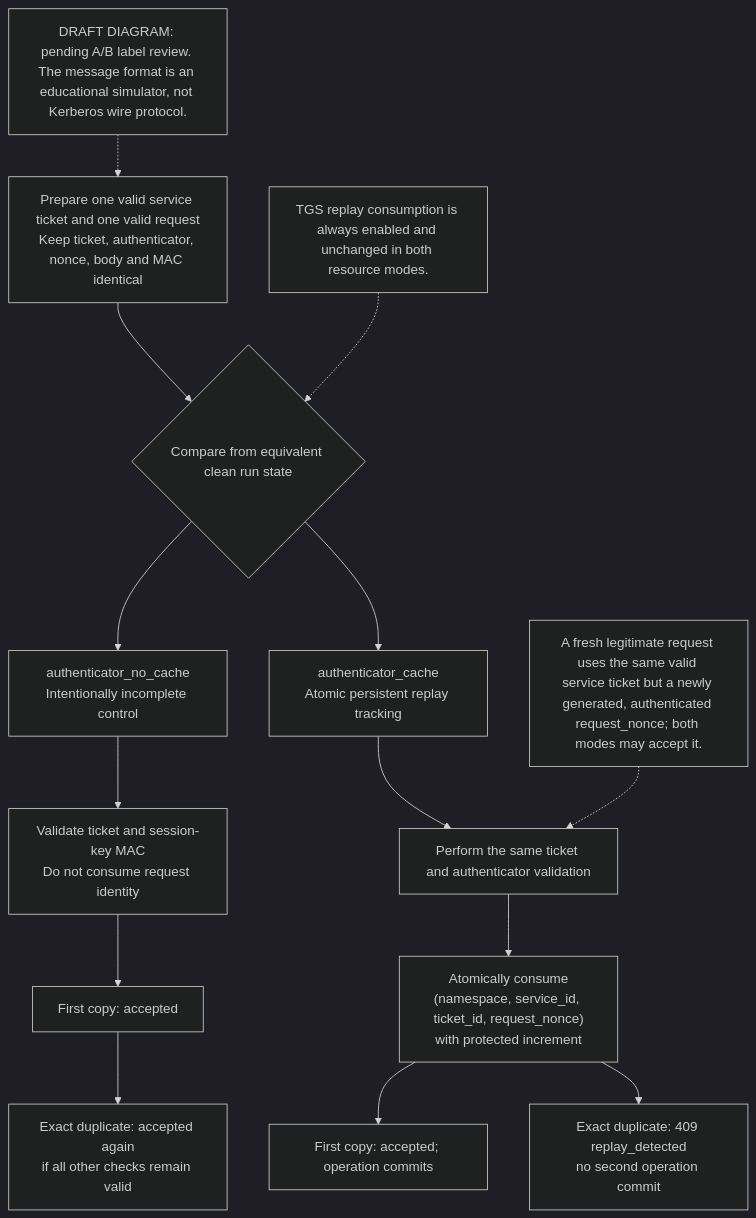
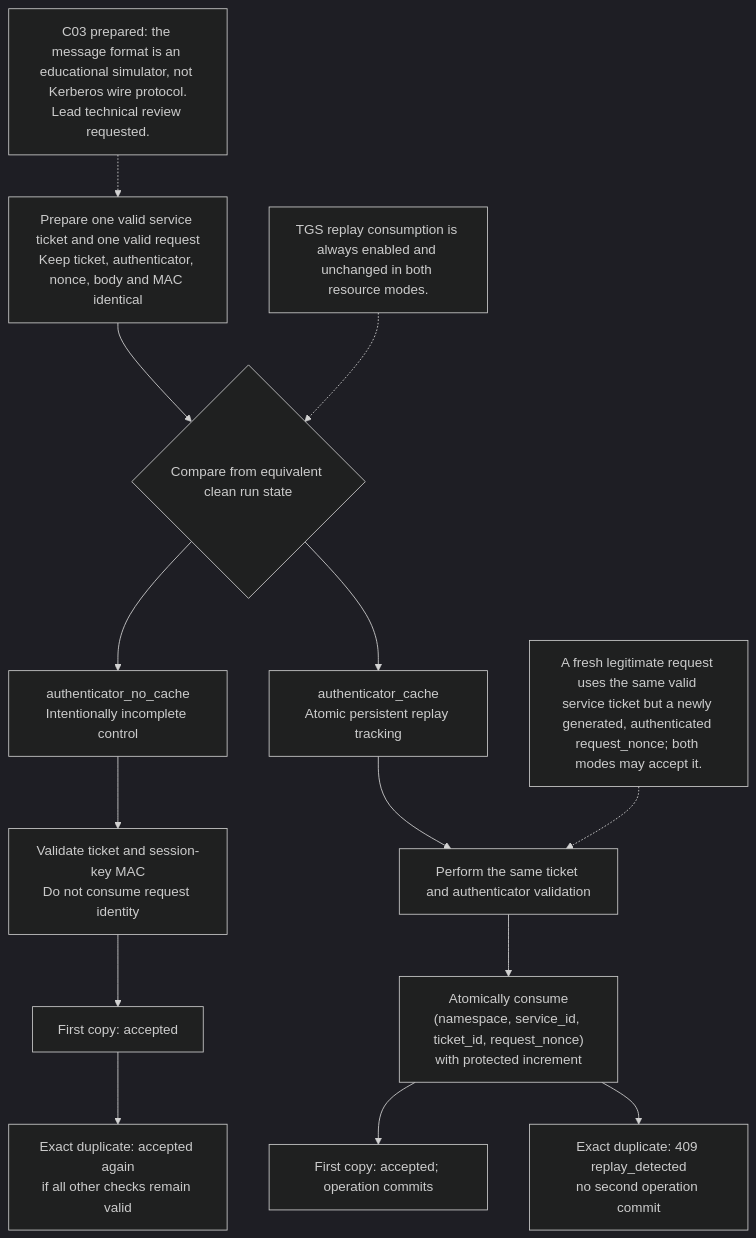
One commit to Thanmay-codes/INS-mini-project changed the diagram in docs/diagrams/replay-cache-comparison.mmd. Above: the diagram before and after it, drawn with Mermaid (dark theme). The commit also changed 7 other files, not shown here.

Commit message:
C03: finalize diagram and presentation assets.

```diff
--- a/docs/diagrams/replay-cache-comparison.mmd
+++ b/docs/diagrams/replay-cache-comparison.mmd
@@ -1,22 +1,22 @@
 flowchart TD
     S["Prepare one valid service ticket and one valid request<br/>Keep ticket, authenticator, nonce, body and MAC identical"]
     S --> F{"Compare from equivalent clean run state"}
 
     F --> N["authenticator_no_cache<br/>Intentionally incomplete control"]
     F --> Y["authenticator_cache<br/>Atomic persistent replay tracking"]
 
     N --> NV["Validate ticket and session-key MAC<br/>Do not consume request identity"]
     NV --> NA["First copy: accepted"]
     NA --> NR["Exact duplicate: accepted again<br/>if all other checks remain valid"]
 
     Y --> YV["Perform the same ticket and authenticator validation"]
     YV --> YC["Atomically consume<br/>(namespace, service_id, ticket_id, request_nonce)<br/>with protected increment"]
     YC --> YA["First copy: accepted; operation commits"]
     YC --> YD["Exact duplicate: 409 replay_detected<br/>no second operation commit"]
 
     T["TGS replay consumption is always enabled and unchanged in both resource modes."]
     T -.-> F
     L["A fresh legitimate request uses the same valid service ticket but a newly generated, authenticated request_nonce; both modes may accept it."]
     L -.-> YV
-    D["DRAFT DIAGRAM: pending A/B label review. The message format is an educational simulator, not Kerberos wire protocol."]
+    D["C03 prepared: the message format is an educational simulator, not Kerberos wire protocol.<br/>Lead technical review requested."]
     D -.-> S
```
